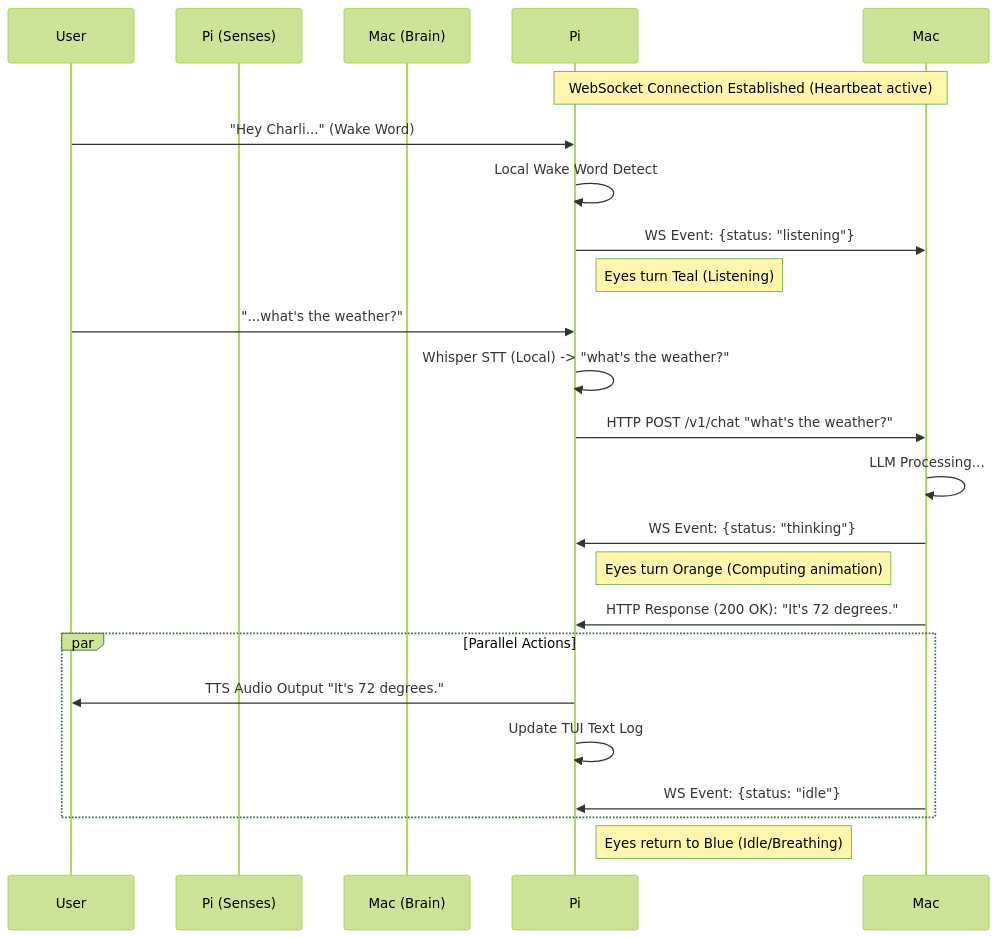
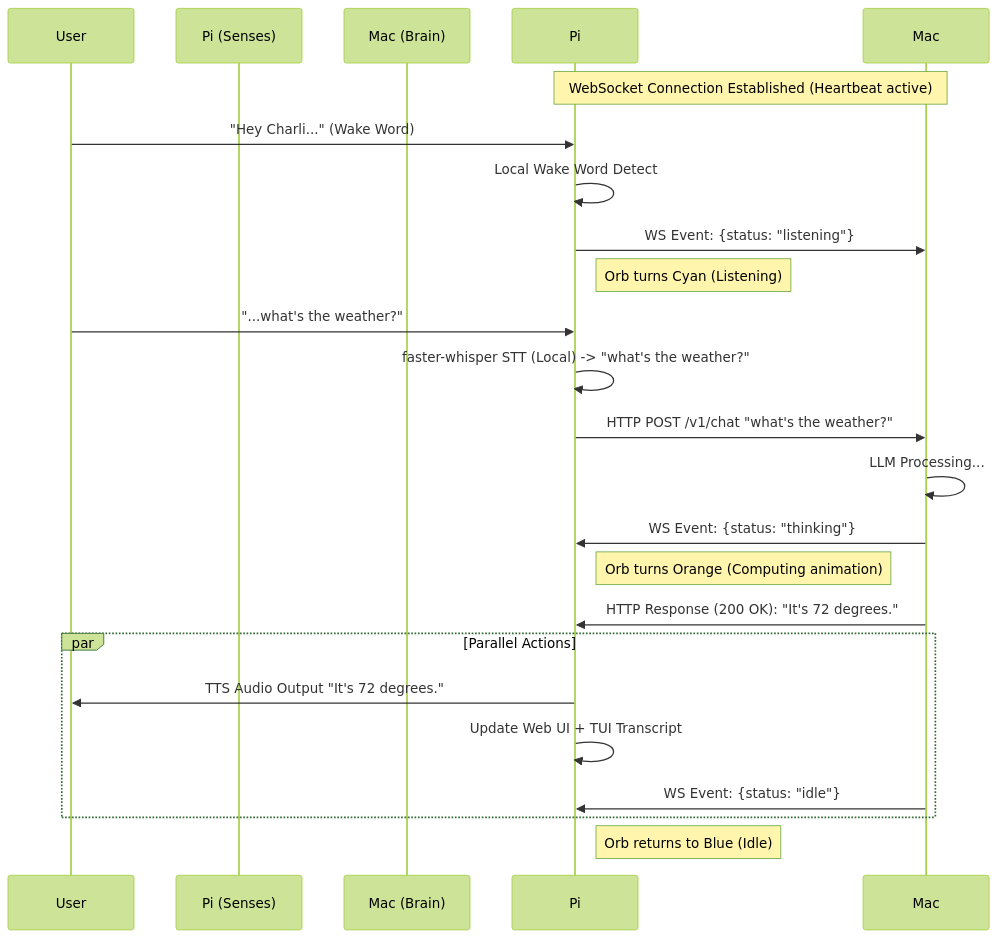
One commit to christiancabp/CHARLI changed the diagram in PROPOSAL.md. Above: the diagram before and after it, drawn with Mermaid (forest theme). The commit also changed other lines of this file and 10 other files, not shown here.

Commit message:
feat: charli home tui and web proposal.

````diff
--- a/PROPOSAL.md
+++ b/PROPOSAL.md
@@ -40,30 +90,30 @@
 ```mermaid
 sequenceDiagram
     participant User
     participant Pi (Senses)
     participant Mac (Brain)
-    
+
     Note over Pi, Mac: WebSocket Connection Established (Heartbeat active)
-    
+
     User->>Pi: "Hey Charli..." (Wake Word)
     Pi->>Pi: Local Wake Word Detect
     Pi->>Mac: WS Event: {status: "listening"}
-    Note right of Pi: Eyes turn Teal (Listening)
-    
+    Note right of Pi: Orb turns Cyan (Listening)
+
     User->>Pi: "...what's the weather?"
-    Pi->>Pi: Whisper STT (Local) -> "what's the weather?"
-    
+    Pi->>Pi: faster-whisper STT (Local) -> "what's the weather?"
+
     Pi->>Mac: HTTP POST /v1/chat "what's the weather?"
     Mac->>Mac: LLM Processing...
     Mac->>Pi: WS Event: {status: "thinking"}
-    Note right of Pi: Eyes turn Orange (Computing animation)
-    
+    Note right of Pi: Orb turns Orange (Computing animation)
+
     Mac->>Pi: HTTP Response (200 OK): "It's 72 degrees."
-    
+
     par Parallel Actions
         Pi->>User: TTS Audio Output "It's 72 degrees."
-        Pi->>Pi: Update TUI Text Log
+        Pi->>Pi: Update Web UI + TUI Transcript
         Mac->>Pi: WS Event: {status: "idle"}
     end
-    Note right of Pi: Eyes return to Blue (Idle/Breathing)
+    Note right of Pi: Orb returns to Blue (Idle)
 ```
````
